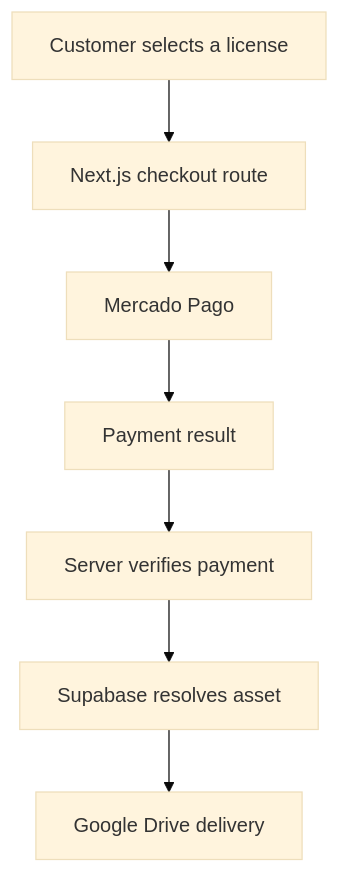
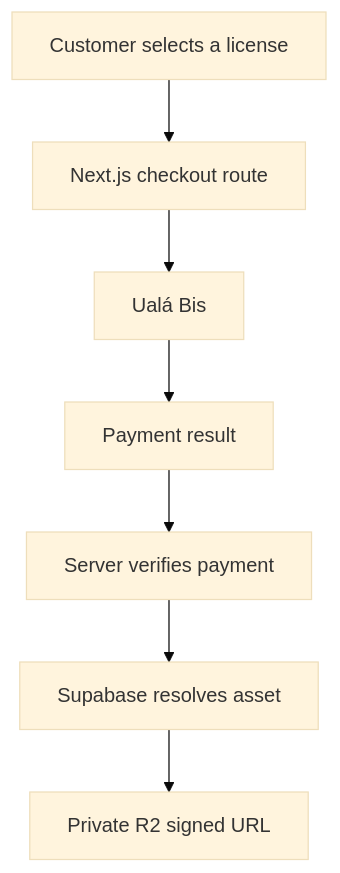
One commit to jireyes94/notype-labs changed the diagram in README.md. Above: the diagram before and after it, drawn with Mermaid (base theme). The commit also changed other lines of this file and 4 other files, not shown here.

Commit message:
chore: remove legacy Mercado Pago runtime

````diff
--- a/README.md
+++ b/README.md
@@ -63,9 +64,9 @@
 ```mermaid
 flowchart TD
     A["Customer selects a license"] --> B["Next.js checkout route"]
-    B --> C["Mercado Pago"]
+    B --> C["Ualá Bis"]
     C --> D["Payment result"]
     D --> E["Server verifies payment"]
     E --> F["Supabase resolves asset"]
-    F --> G["Google Drive delivery"]
+    F --> G["Private R2 signed URL"]
 ```
````
